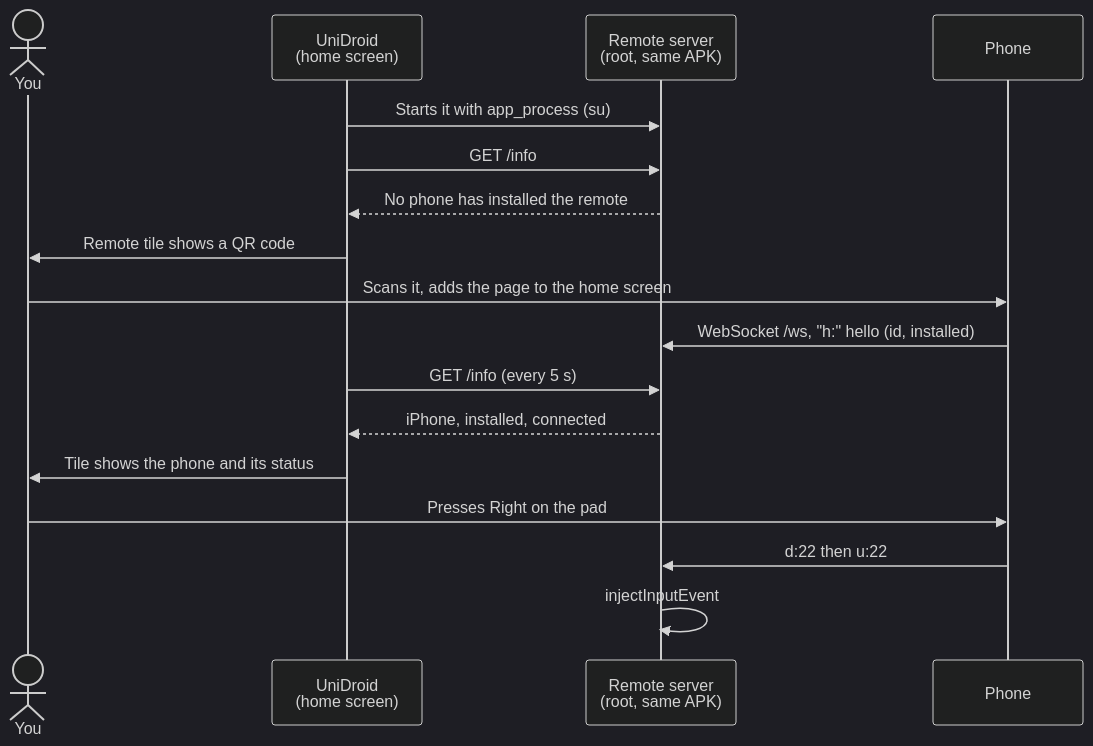
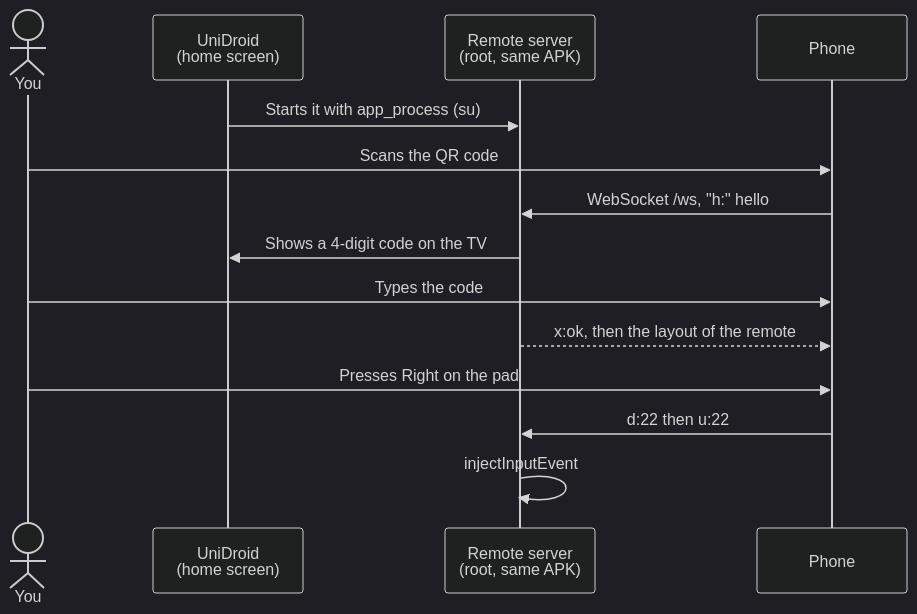
The diagram in README.md (trk78/unidroid-suite), drawn with Mermaid (dark theme) before and after one commit. The commit also changed other lines of this file, not shown here.

````diff
--- a/README.md
+++ b/README.md
@@ -59,20 +78,17 @@
 ```mermaid
 sequenceDiagram
     actor U as You
     participant L as UniDroid<br/>(home screen)
     participant S as Remote server<br/>(root, same APK)
     participant P as Phone
 
     L->>S: Starts it with app_process (su)
-    L->>S: GET /info
-    S-->>L: No phone has installed the remote
-    L->>U: Remote tile shows a QR code
-    U->>P: Scans it, adds the page to the home screen
-    P->>S: WebSocket /ws, "h:" hello (id, installed)
-    L->>S: GET /info (every 5 s)
-    S-->>L: iPhone, installed, connected
-    L->>U: Tile shows the phone and its status
+    U->>P: Scans the QR code
+    P->>S: WebSocket /ws, "h:" hello
+    S->>L: Shows a 4-digit code on the TV
+    U->>P: Types the code
+    S-->>P: x:ok, then the layout of the remote
     U->>P: Presses Right on the pad
     P->>S: d:22 then u:22
     S->>S: injectInputEvent
 ```
````
